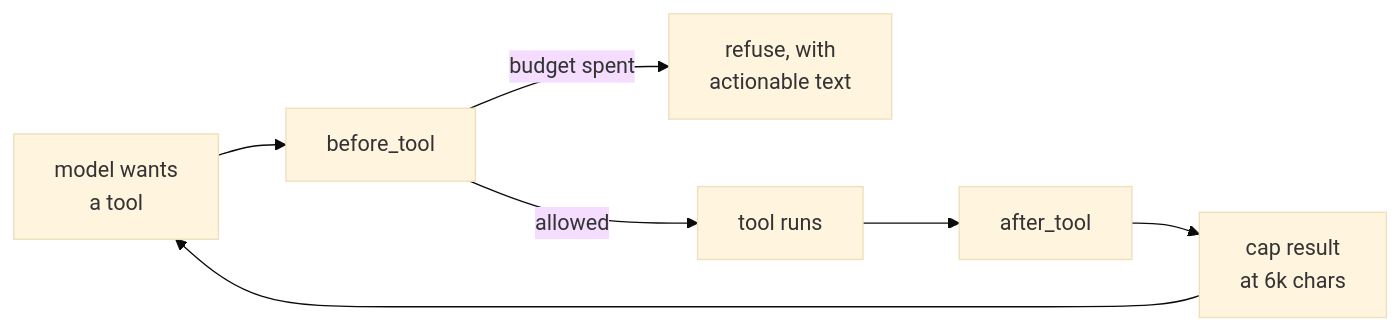
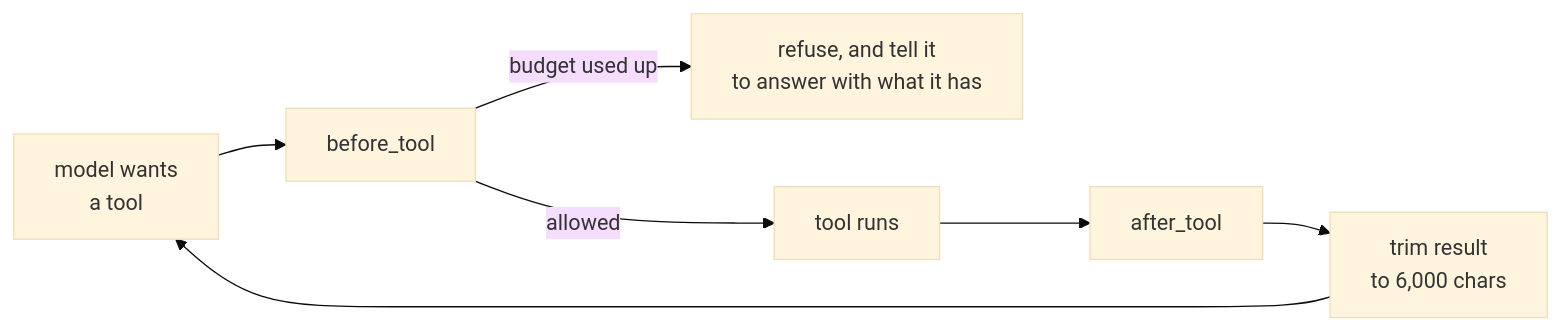
The diagram in docs/TOOLS.md (Gous0786/LedgerLine), drawn with Mermaid (base theme) before and after one commit. The commit also changed other lines of this file and 5 other files, not shown here.

````diff
--- a/docs/TOOLS.md
+++ b/docs/TOOLS.md
@@ -84,9 +84,9 @@
 ```mermaid
 flowchart LR
     M["model wants<br/>a tool"] --> BT["before_tool"]
-    BT -->|"budget spent"| R["refuse, with<br/>actionable text"]
+    BT -->|"budget used up"| R["refuse, and tell it<br/>to answer with what it has"]
     BT -->|"allowed"| T["tool runs"]
     T --> AT["after_tool"]
-    AT --> C["cap result<br/>at 6k chars"]
+    AT --> C["trim result<br/>to 6,000 chars"]
     C --> M
 ```
````
